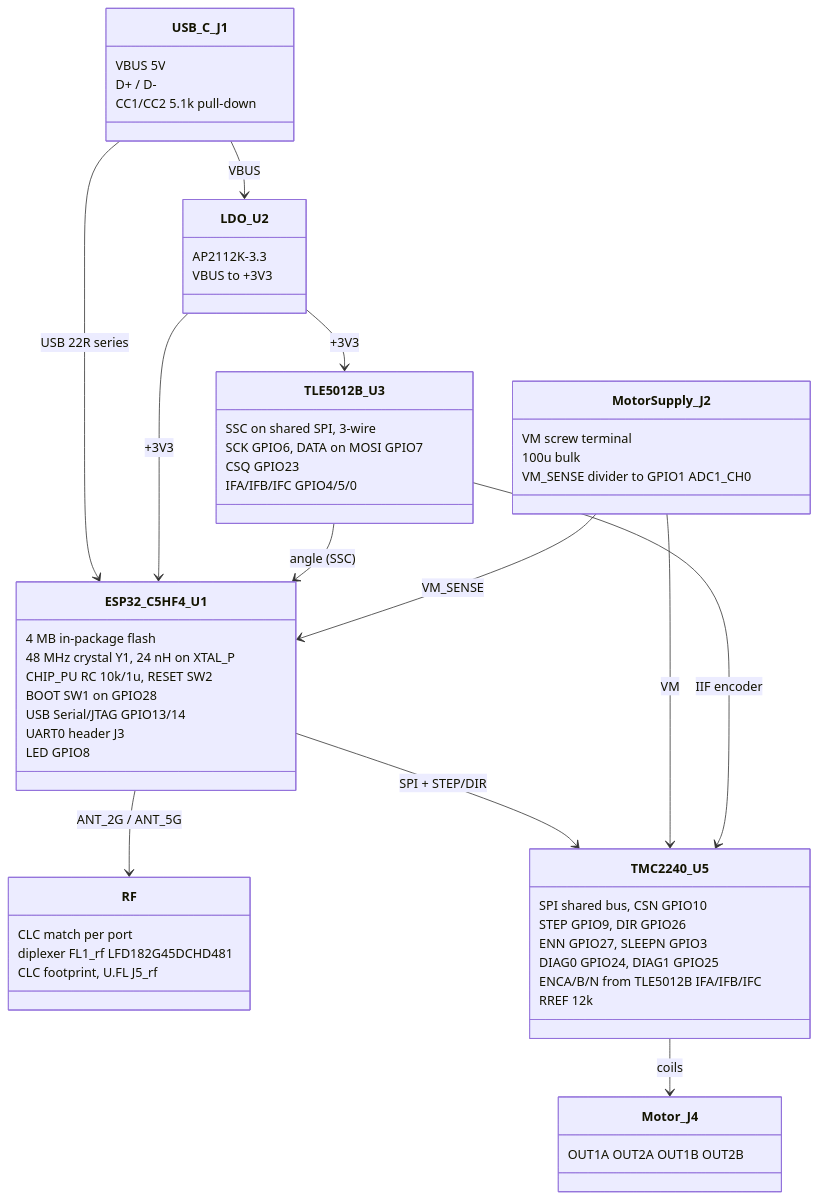
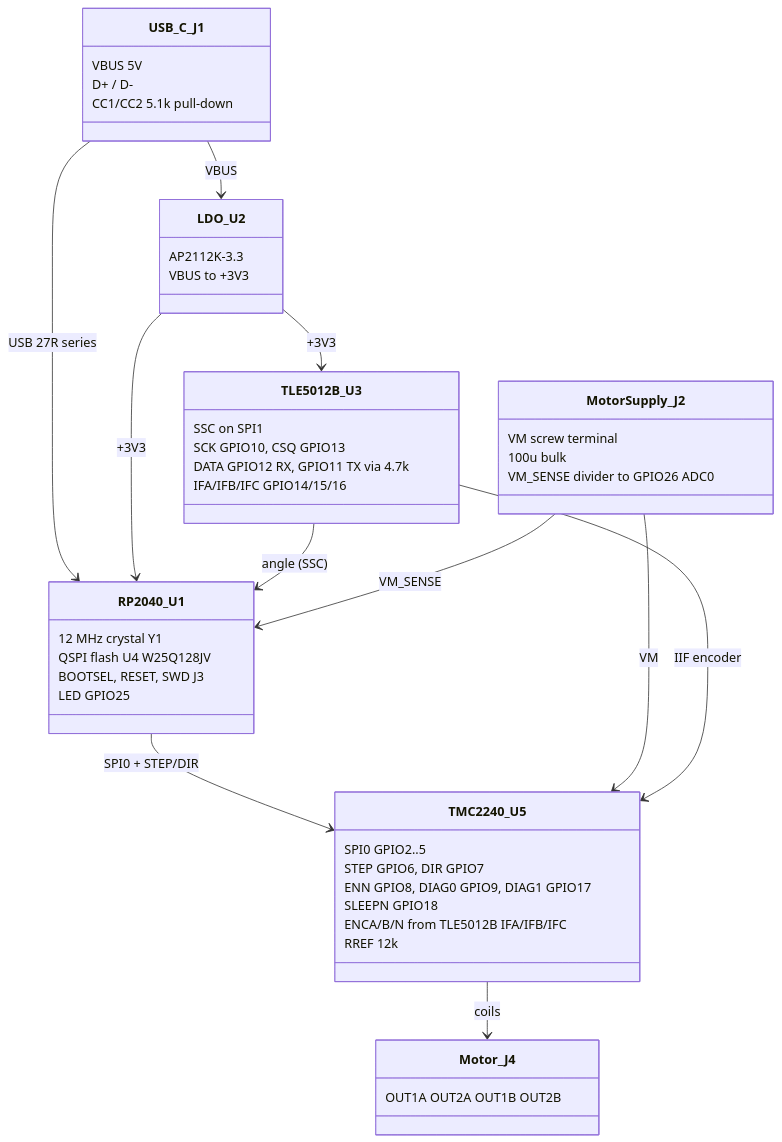
Before and after one commit to tmpk13/pico-step: the diagram in ARCHITECTURE.md, drawn with Mermaid. The commit also changed other lines of this file and 16 other files, not shown here.

````diff
--- a/ARCHITECTURE.md
+++ b/ARCHITECTURE.md
@@ -3,59 +3,50 @@
 ```mermaid
 classDiagram
     class USB_C_J1 {
         VBUS 5V
         D+ / D-
         CC1/CC2 5.1k pull-down
     }
     class LDO_U2 {
         AP2112K-3.3
         VBUS to +3V3
     }
-    class ESP32_C5HF4_U1 {
-        4 MB in-package flash
-        48 MHz crystal Y1, 24 nH on XTAL_P
-        CHIP_PU RC 10k/1u, RESET SW2
-        BOOT SW1 on GPIO28
-        USB Serial/JTAG GPIO13/14
-        UART0 header J3
-        LED GPIO8
-    }
-    class RF {
-        CLC match per port
-        diplexer FL1_rf LFD182G45DCHD481
-        CLC footprint, U.FL J5_rf
+    class RP2040_U1 {
+        12 MHz crystal Y1
+        QSPI flash U4 W25Q128JV
+        BOOTSEL, RESET, SWD J3
+        LED GPIO25
     }
     class TMC2240_U5 {
-        SPI shared bus, CSN GPIO10
-        STEP GPIO9, DIR GPIO26
-        ENN GPIO27, SLEEPN GPIO3
-        DIAG0 GPIO24, DIAG1 GPIO25
+        SPI0 GPIO2..5
+        STEP GPIO6, DIR GPIO7
+        ENN GPIO8, DIAG0 GPIO9, DIAG1 GPIO17
+        SLEEPN GPIO18
         ENCA/B/N from TLE5012B IFA/IFB/IFC
         RREF 12k
     }
     class Motor_J4 {
         OUT1A OUT2A OUT1B OUT2B
     }
     class TLE5012B_U3 {
-        SSC on shared SPI, 3-wire
-        SCK GPIO6, DATA on MOSI GPIO7
-        CSQ GPIO23
-        IFA/IFB/IFC GPIO4/5/0
+        SSC on SPI1
+        SCK GPIO10, CSQ GPIO13
+        DATA GPIO12 RX, GPIO11 TX via 4.7k
+        IFA/IFB/IFC GPIO14/15/16
     }
     class MotorSupply_J2 {
         VM screw terminal
         100u bulk
-        VM_SENSE divider to GPIO1 ADC1_CH0
+        VM_SENSE divider to GPIO26 ADC0
     }
     USB_C_J1 --> LDO_U2 : VBUS
-    USB_C_J1 --> ESP32_C5HF4_U1 : USB 22R series
-    LDO_U2 --> ESP32_C5HF4_U1 : +3V3
+    USB_C_J1 --> RP2040_U1 : USB 27R series
+    LDO_U2 --> RP2040_U1 : +3V3
     LDO_U2 --> TLE5012B_U3 : +3V3
-    ESP32_C5HF4_U1 --> RF : ANT_2G / ANT_5G
-    ESP32_C5HF4_U1 --> TMC2240_U5 : SPI + STEP/DIR
-    TLE5012B_U3 --> ESP32_C5HF4_U1 : angle (SSC)
+    RP2040_U1 --> TMC2240_U5 : SPI0 + STEP/DIR
+    TLE5012B_U3 --> RP2040_U1 : angle (SSC)
     MotorSupply_J2 --> TMC2240_U5 : VM
     TLE5012B_U3 --> TMC2240_U5 : IIF encoder
     TMC2240_U5 --> Motor_J4 : coils
-    MotorSupply_J2 --> ESP32_C5HF4_U1 : VM_SENSE
+    MotorSupply_J2 --> RP2040_U1 : VM_SENSE
 ```
````
